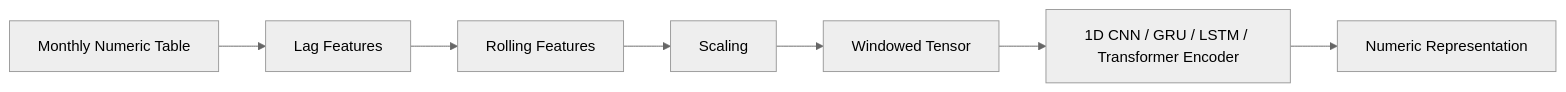
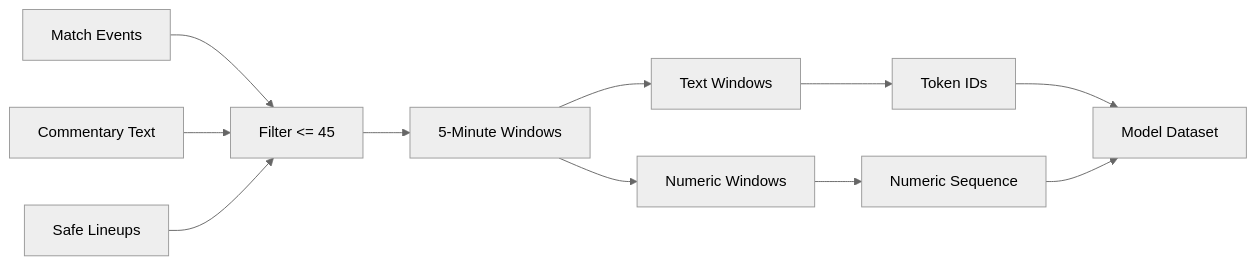
The second of 3 diagrams in docs/architecture.md (oguzhanozkaya/football-inplay-prediction), drawn with Mermaid (neutral theme) before and after one commit. The commit also changed other lines of this file and 29 other files, not shown here.

````diff
--- a/docs/architecture.md
+++ b/docs/architecture.md
@@ -75,9 +58,13 @@
 ```mermaid
 flowchart LR
-    A[Monthly Numeric Table] --> B[Lag Features]
-    B --> C[Rolling Features]
-    C --> D[Scaling]
-    D --> E[Windowed Tensor]
-    E --> F[1D CNN / GRU / LSTM / Transformer Encoder]
-    F --> G[Numeric Representation]
+    A[Match Events] --> B[Filter <= 45]
+    C[Commentary Text] --> B
+    D[Safe Lineups] --> B
+    B --> E[5-Minute Windows]
+    E --> F[Text Windows]
+    E --> G[Numeric Windows]
+    F --> H[Token IDs]
+    G --> I[Numeric Sequence]
+    H --> J[Model Dataset]
+    I --> J
 ```
````
